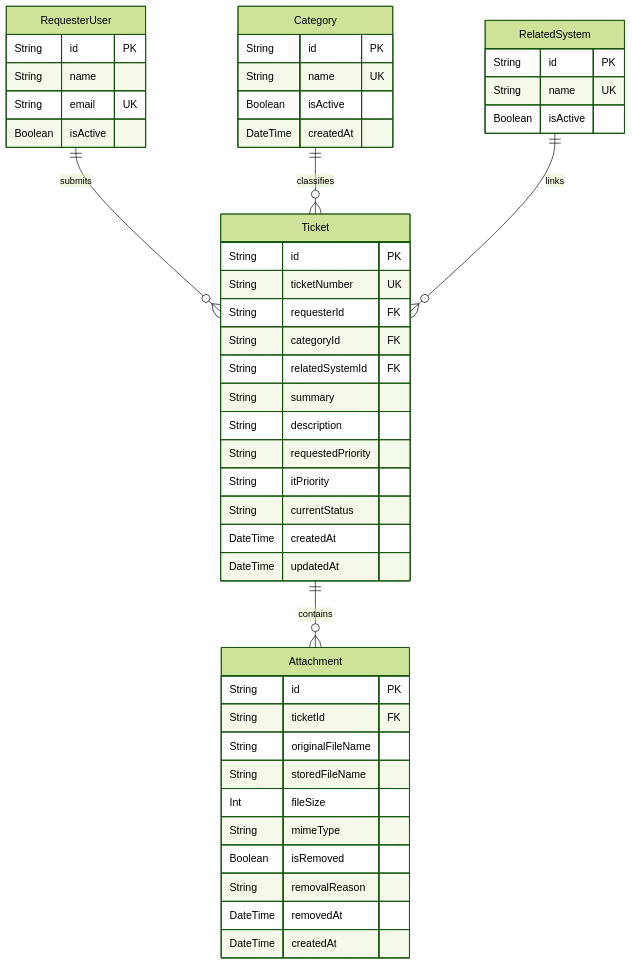
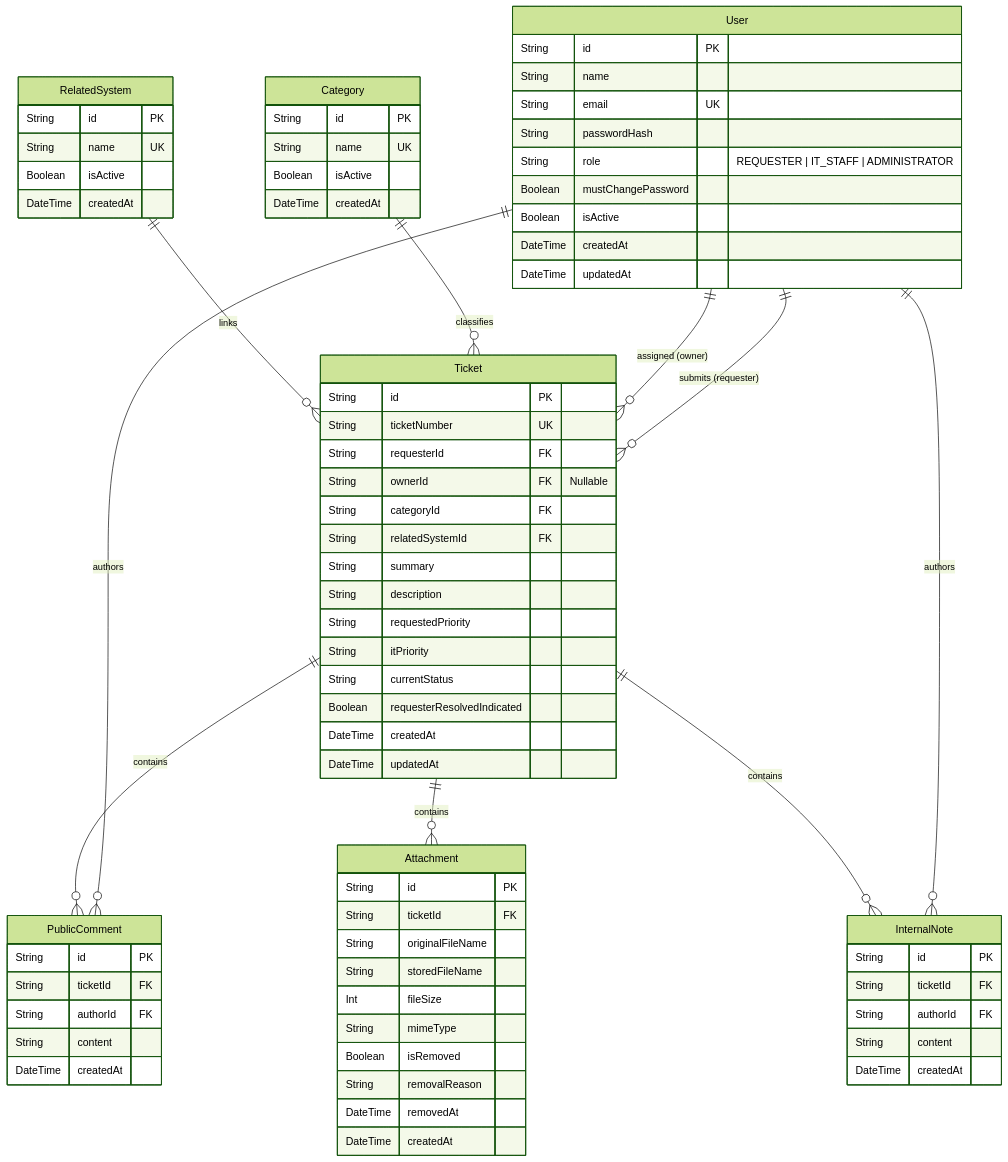
Before and after one commit to JEWKEW/TokTickIT: the second of 2 diagrams in README.md, drawn with Mermaid (forest theme). The commit also changed other lines of this file and 25 other files, not shown here.

````diff
--- a/README.md
+++ b/README.md
@@ -105,15 +115,25 @@
 ```mermaid
 erDiagram
-    RequesterUser ||--o{ Ticket : "submits"
+    User ||--o{ Ticket : "submits (requester)"
+    User ||--o{ Ticket : "assigned (owner)"
+    User ||--o{ PublicComment : "authors"
+    User ||--o{ InternalNote : "authors"
     Category ||--o{ Ticket : "classifies"
     RelatedSystem ||--o{ Ticket : "links"
     Ticket ||--o{ Attachment : "contains"
+    Ticket ||--o{ PublicComment : "contains"
+    Ticket ||--o{ InternalNote : "contains"
 
-    RequesterUser {
+    User {
         String id PK
         String name
         String email UK
+        String passwordHash
+        String role "REQUESTER | IT_STAFF | ADMINISTRATOR"
+        Boolean mustChangePassword
         Boolean isActive
+        DateTime createdAt
+        DateTime updatedAt
     }
 
     Category {
@@ -127,12 +147,14 @@
         String id PK
         String name UK
         Boolean isActive
+        DateTime createdAt
     }
 
     Ticket {
         String id PK
         String ticketNumber UK
         String requesterId FK
+        String ownerId FK "Nullable"
         String categoryId FK
         String relatedSystemId FK
         String summary
@@ -140,6 +162,7 @@
         String requestedPriority
         String itPriority
         String currentStatus
+        Boolean requesterResolvedIndicated
         DateTime createdAt
         DateTime updatedAt
     }
@@ -156,4 +179,20 @@
         DateTime removedAt
         DateTime createdAt
     }
+
+    PublicComment {
+        String id PK
+        String ticketId FK
+        String authorId FK
+        String content
+        DateTime createdAt
+    }
+
+    InternalNote {
+        String id PK
+        String ticketId FK
+        String authorId FK
+        String content
+        DateTime createdAt
+    }
 ```
````
